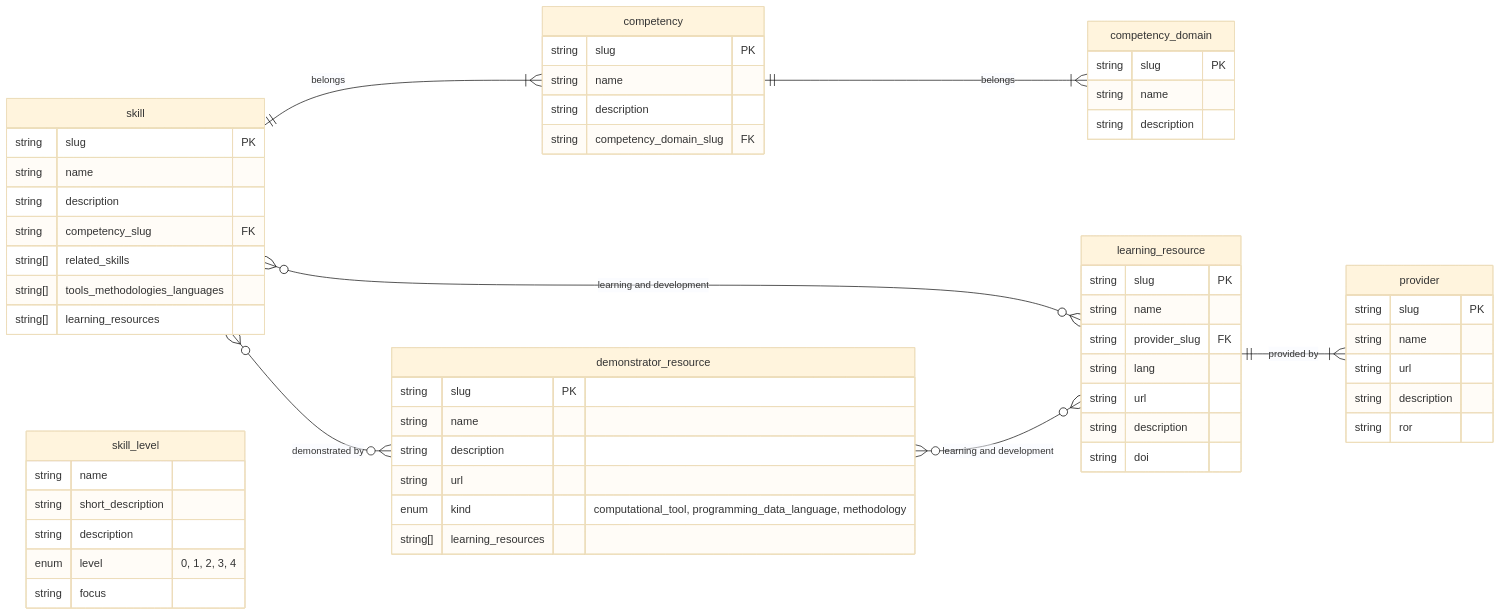
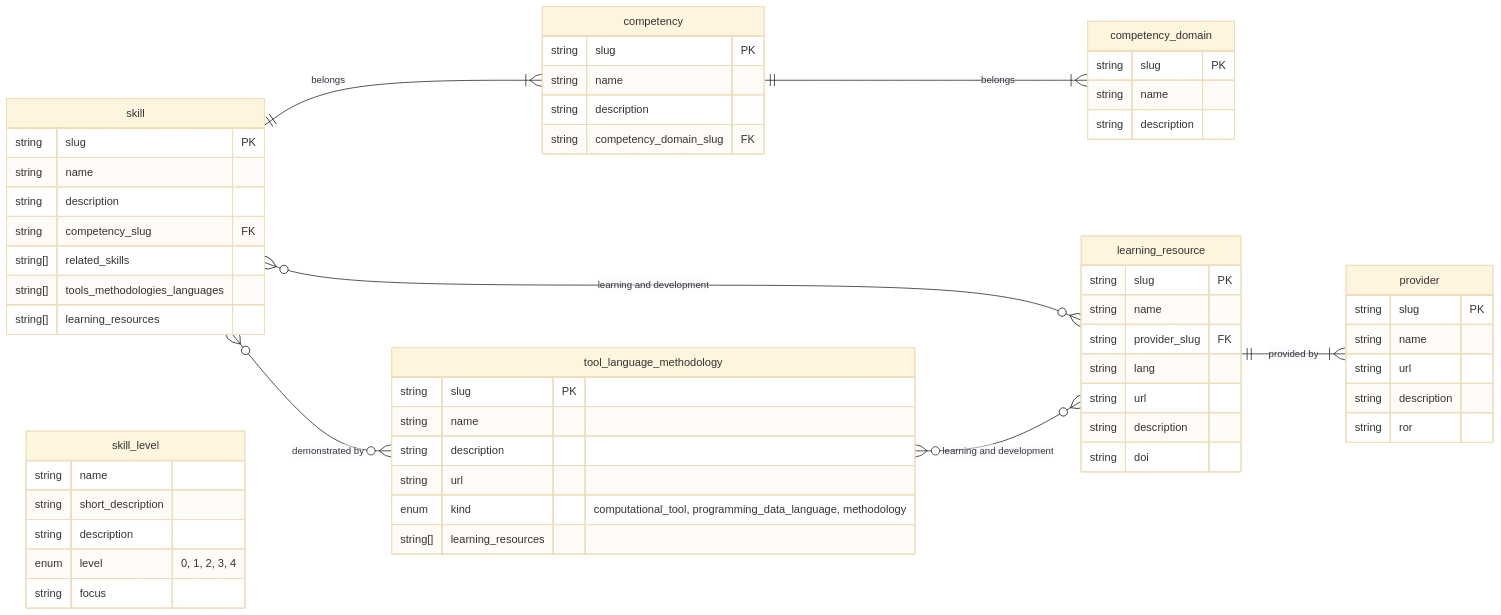
The diagram in framework/README.md (direct-framework/digital-research-competencies-framework), drawn with Mermaid (base theme) before and after one commit. The commit also changed other lines of this file, not shown here.

````diff
--- a/framework/README.md
+++ b/framework/README.md
@@ -17,68 +17,68 @@
 ```mermaid
 erDiagram
     direction LR
     competency ||--|{competency_domain : belongs
     skill ||--|{ competency : belongs
-    skill }o--o{ demonstrator_resource : "demonstrated by"
+    skill }o--o{ tool_language_methodology : "demonstrated by"
     skill }o--o{ learning_resource: "learning and development"
-    demonstrator_resource }o--o{ learning_resource : "learning and development"
+    tool_language_methodology }o--o{ learning_resource : "learning and development"
     learning_resource ||--|{ provider : "provided by"
 
     competency_domain {
             string slug PK
 	    string name
 	    string description
     }
 
     competency {
 	    string slug PK
 	    string name
 	    string description
 	    string competency_domain_slug FK
     }
 
     skill {
 	    string slug PK
 	    string name
 	    string description
 	    string competency_slug FK
             string[] related_skills
             string[] tools_methodologies_languages
             string[] learning_resources
     }
 
-    demonstrator_resource {
+    tool_language_methodology {
         string slug PK
         string name
         string description
         string url
         enum kind "computational_tool, programming_data_language, methodology"
         string[] learning_resources
     }
 
     learning_resource {
         string slug PK
         string name
         string provider_slug FK
         string lang
         string url
         string description
         string doi
     }
 
     provider {
         string slug PK
         string name
         string url
         string description
         string ror
     }
 
     skill_level {
 	    string name
 	    string short_description
 	    string description
             enum level "0, 1, 2, 3, 4"
 		string focus
     }
 ```
````
